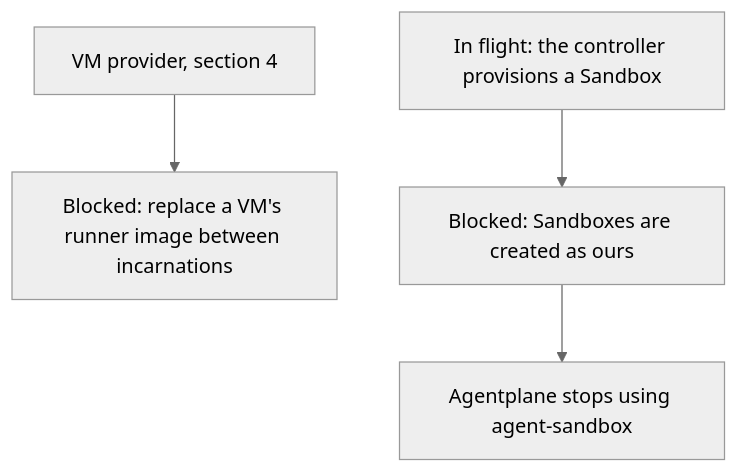
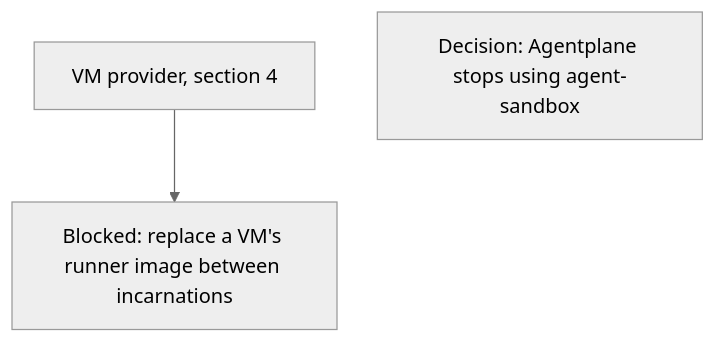
Before and after one commit to agentydragon-agent/ducktape: the tenth of 15 diagrams in agentplane/plans/task_dag.md, drawn with Mermaid (neutral theme). The commit also changed other lines of this file and 16 other files, not shown here.

First line of the commit message:
agentplane: staging creates our own Sandbox kind, presets on PolicySets (#10196)

````diff
--- a/agentplane/plans/task_dag.md
+++ b/agentplane/plans/task_dag.md
@@ -645,8 +644,5 @@
 ```mermaid
 flowchart TD
-    SANDBOX_CONTROLLER_PROVISIONING[In flight: the controller provisions a Sandbox]
     VM_PROVIDER[VM provider, section 4] --> SANDBOX_IMAGE_REPLACE[Blocked: replace a VM's runner image between incarnations]
-    SANDBOX_CREATE_CUTOVER[Blocked: Sandboxes are created as ours]
-    SANDBOX_CONTROLLER_PROVISIONING --> SANDBOX_CREATE_CUTOVER
-    SANDBOX_CREATE_CUTOVER --> AGENT_SANDBOX_RETIRE[Agentplane stops using agent-sandbox]
+    AGENT_SANDBOX_RETIRE[Decision: Agentplane stops using agent-sandbox]
 ```
````
